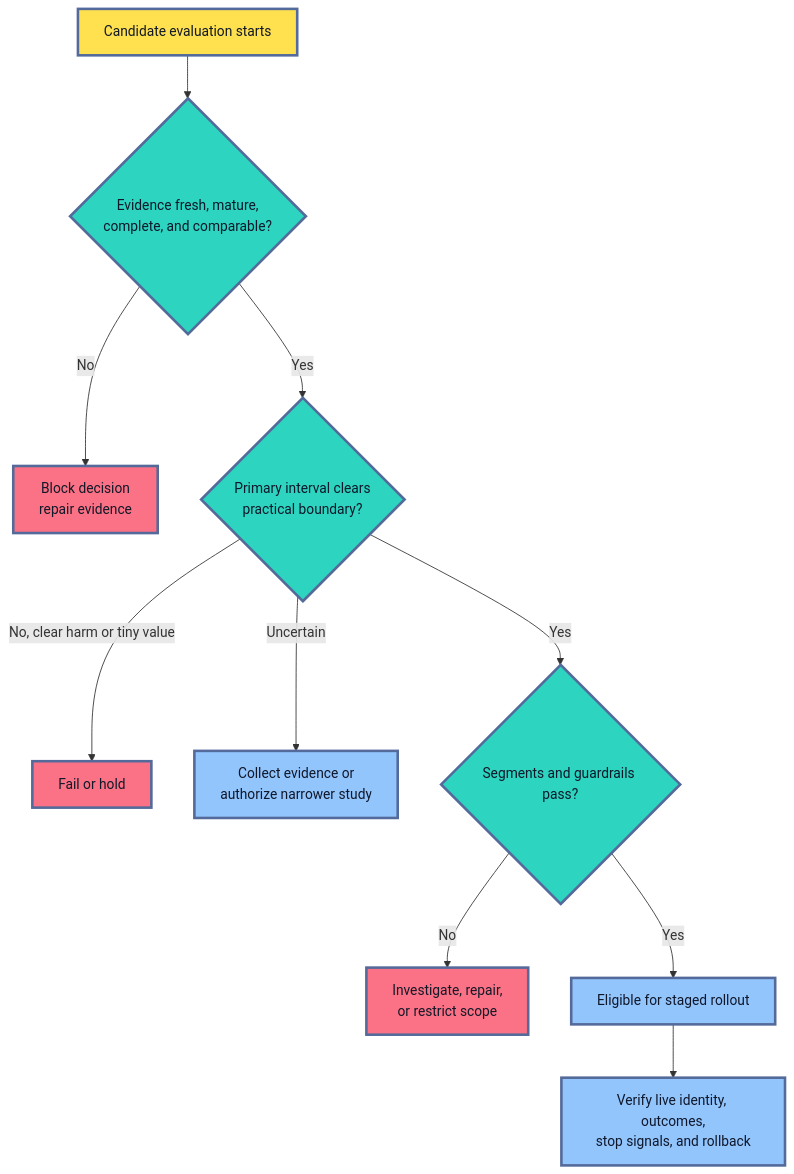
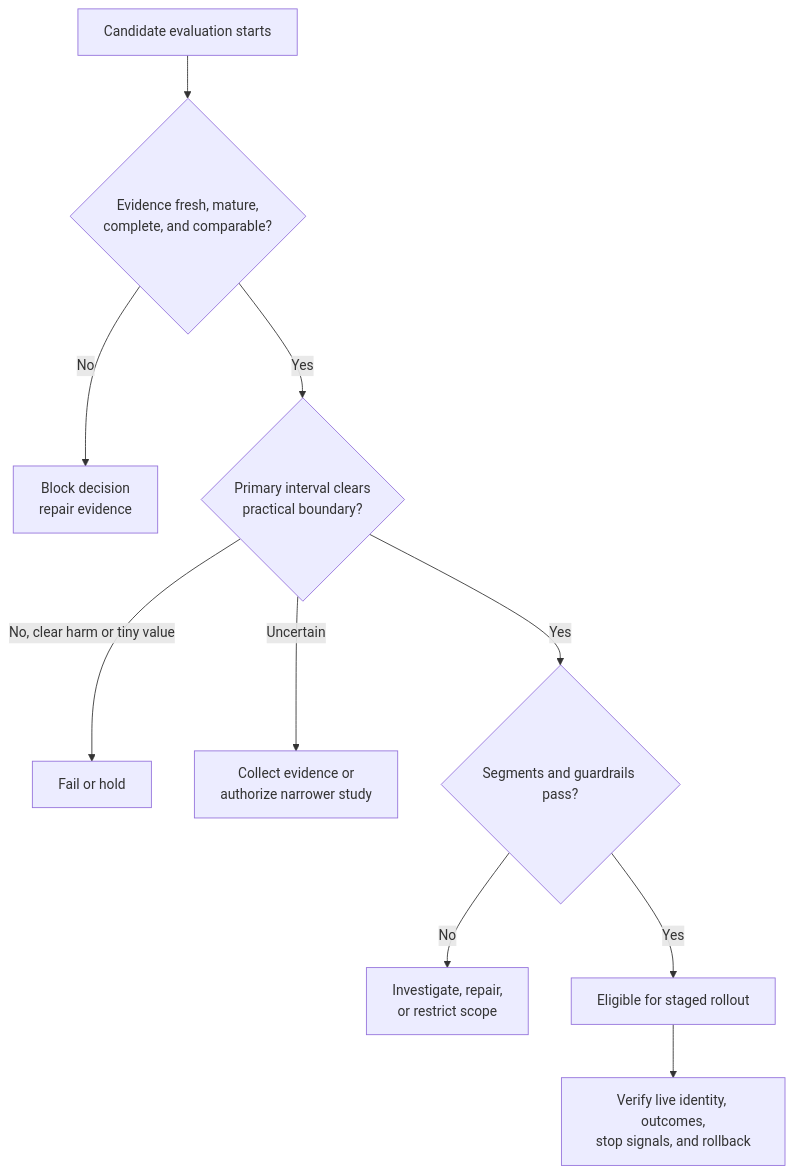
Before and after one commit to senlinyy/dev-roadmaps: the tenth of 10 diagrams in roadmaps/mlops/modules/model-evaluation/offline-evaluation/05-statistical-uncertainty-and-paired-comparisons.md, drawn with Mermaid. The commit also changed other lines of this file and 152 other files, not shown here.

Commit message:
feat: mlops and diagrams updated

````diff
--- a/roadmaps/mlops/modules/model-evaluation/offline-evaluation/05-statistical-uncertainty-and-paired-comparisons.md
+++ b/roadmaps/mlops/modules/model-evaluation/offline-evaluation/05-statistical-uncertainty-and-paired-comparisons.md
@@ -814,21 +777,17 @@
 ```mermaid
 flowchart TD
     A["Candidate evaluation starts"] --> B{"Evidence fresh, mature,<br/>complete, and comparable?"}
     B -->|"No"| C["Block decision<br/>repair evidence"]
     B -->|"Yes"| D{"Primary interval clears<br/>practical boundary?"}
     D -->|"No, clear harm or tiny value"| E["Fail or hold"]
     D -->|"Uncertain"| F["Collect evidence or<br/>authorize narrower study"]
     D -->|"Yes"| G{"Segments and guardrails pass?"}
     G -->|"No"| H["Investigate, repair,<br/>or restrict scope"]
     G -->|"Yes"| I["Eligible for staged rollout"]
     I --> J["Verify live identity, outcomes,<br/>stop signals, and rollback"]
 
-    classDef start fill:#FFE04F,stroke:#536A9A,stroke-width:3px,color:#111827
-    classDef gate fill:#2DD4BF,stroke:#536A9A,stroke-width:3px,color:#0F172A
-    classDef stop fill:#FB7185,stroke:#536A9A,stroke-width:3px,color:#111827
-    classDef proceed fill:#93C5FD,stroke:#536A9A,stroke-width:3px,color:#0F172A
     class A start
     class B,D,G gate
     class C,E,H stop
     class F,I,J proceed
 ```
````
